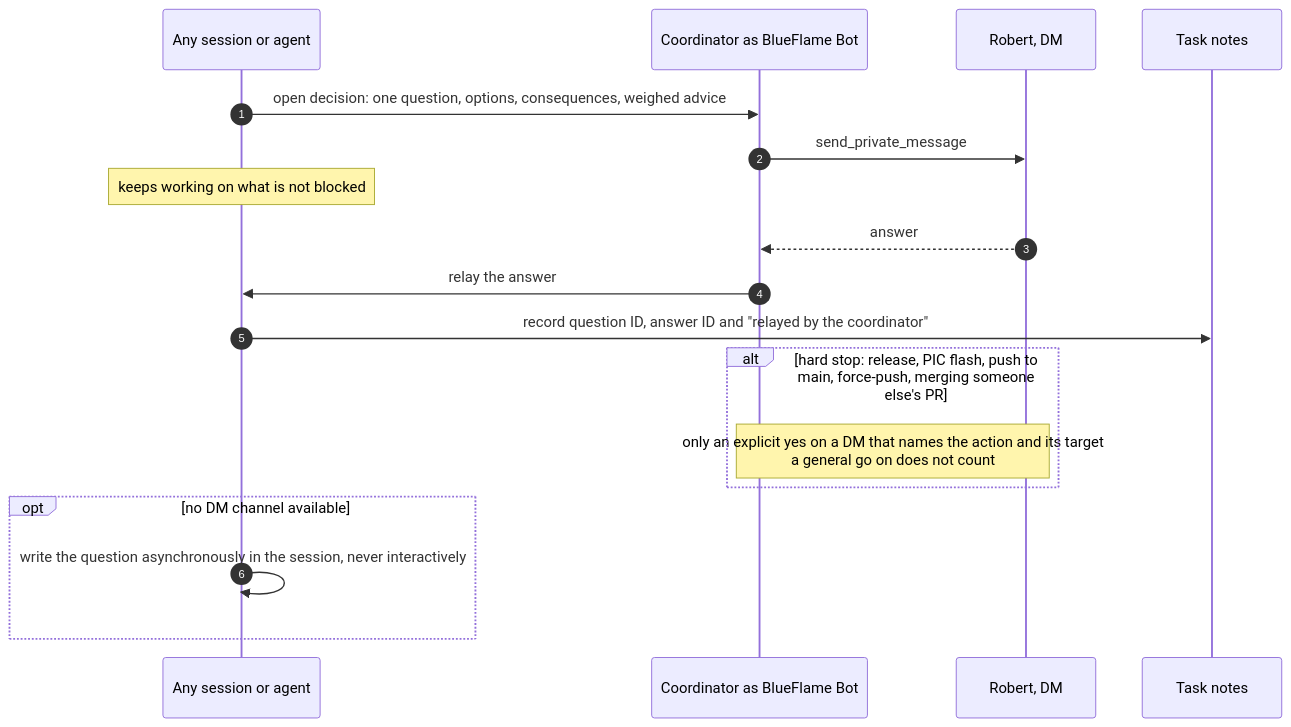
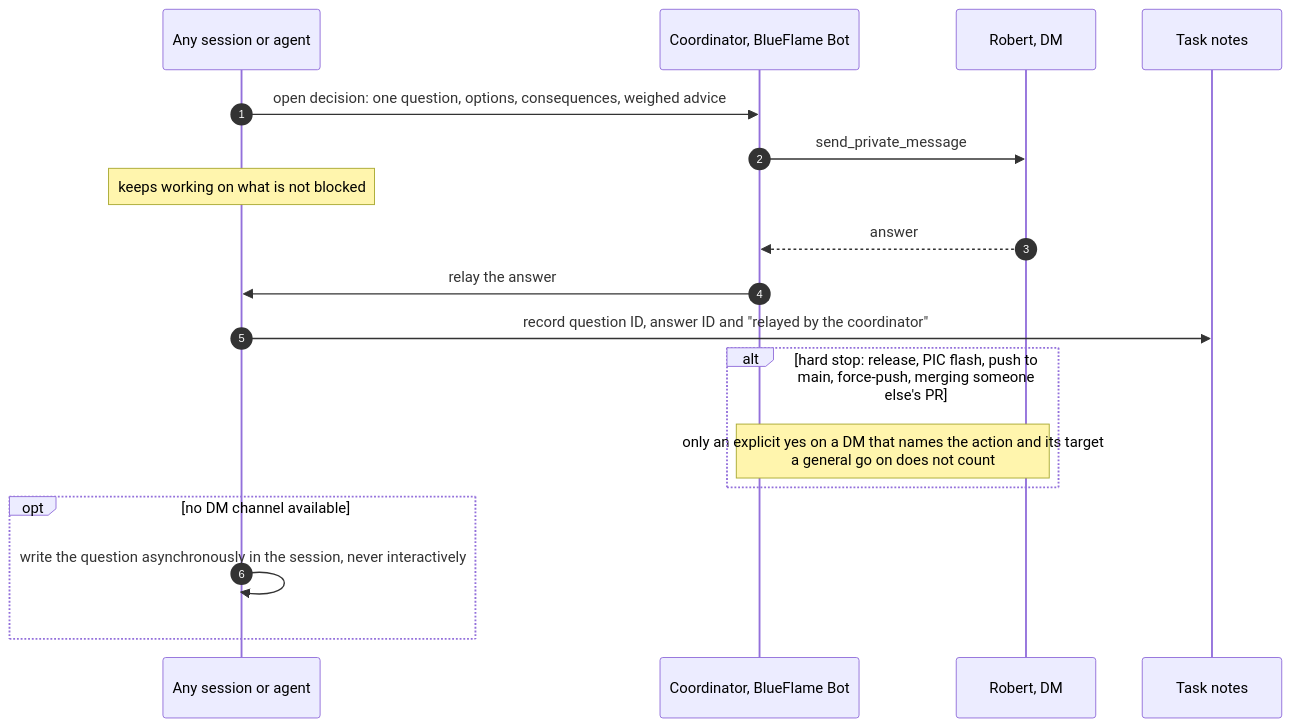
One commit to rvdbreemen/OTGW-firmware changed diagram 25 of 50 in docs/process/agentic-setup.md. Above: the diagram before and after it, drawn with Mermaid. The commit also changed other lines of this file and 1 other file, not shown here.

````diff
--- a/docs/process/agentic-setup.md
+++ b/docs/process/agentic-setup.md
@@ -1329,20 +1444,20 @@
 ```mermaid
 sequenceDiagram
   autonumber
   participant X as Any session or agent
-  participant C as Coordinator as BlueFlame Bot
+  participant C as Coordinator, BlueFlame Bot
   participant R as Robert, DM
   participant T as Task notes
   X->>C: open decision: one question, options, consequences, weighed advice
   C->>R: send_private_message
   Note over X: keeps working on what is not blocked
   R-->>C: answer
   C->>X: relay the answer
   X->>T: record question ID, answer ID and "relayed by the coordinator"
   alt hard stop: release, PIC flash, push to main, force-push, merging someone else's PR
     Note over C,R: only an explicit yes on a DM that names the action and its target<br/>a general go on does not count
   end
   opt no DM channel available
     X->>X: write the question asynchronously in the session, never interactively
   end
 ```
````
